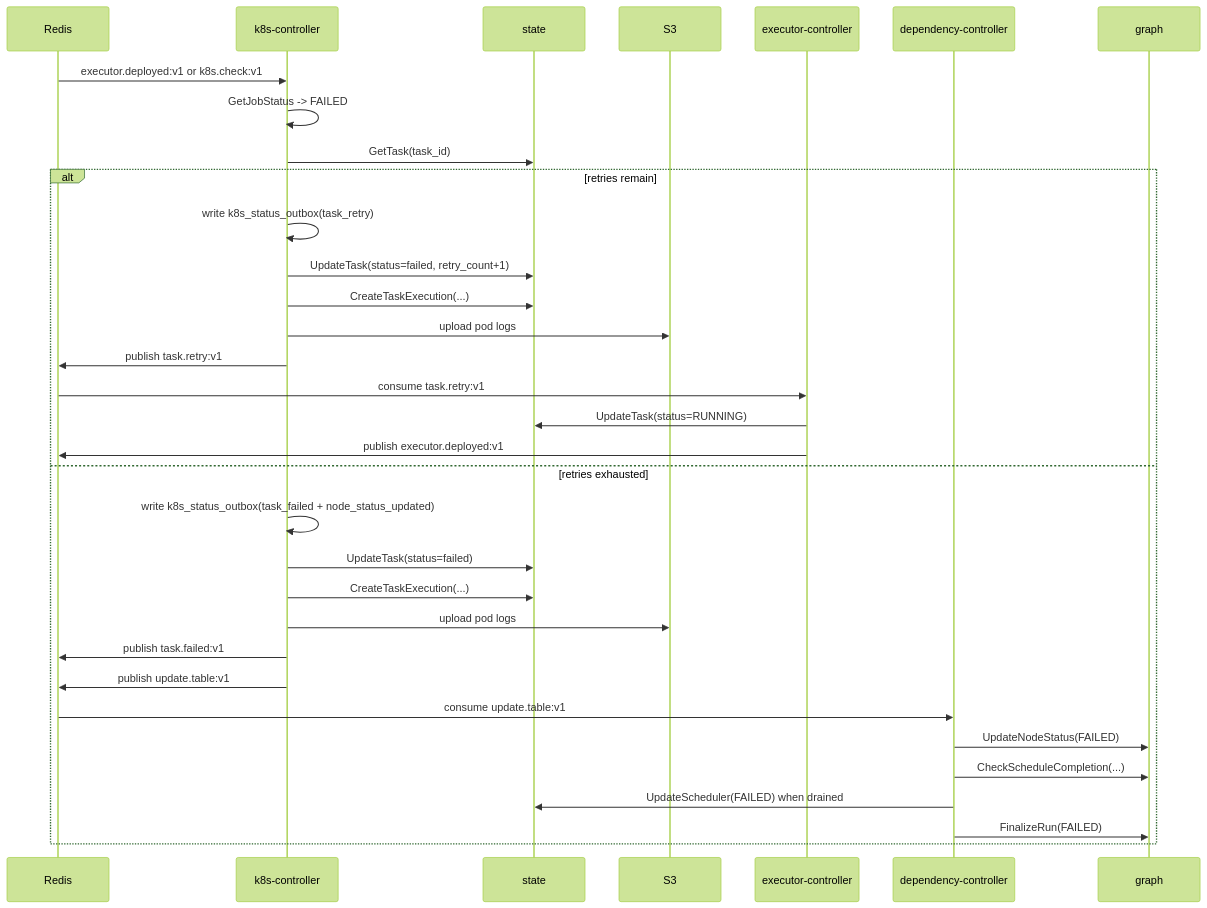
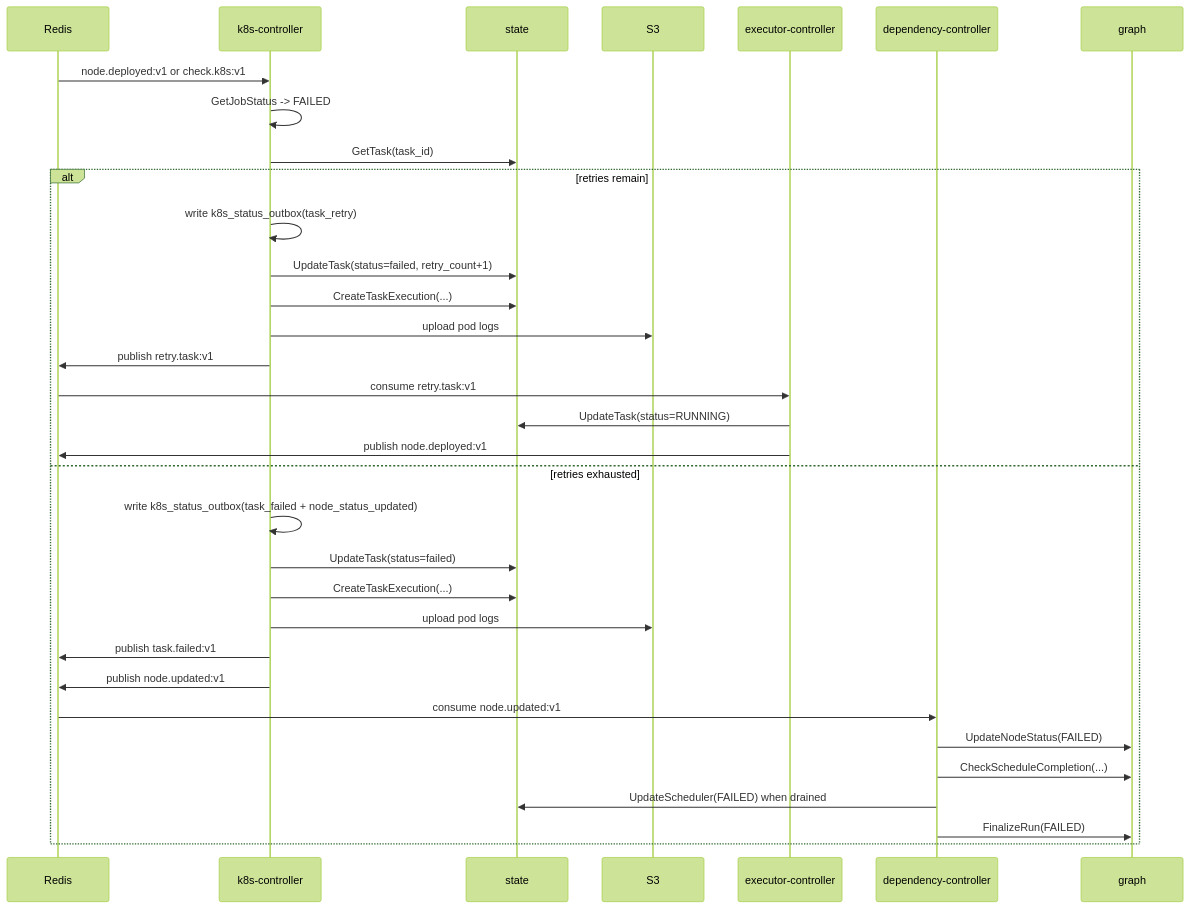
Before and after one commit to carolsimone/continuo: the third of 5 diagrams in docs/arch/03-sequence-flows.md, drawn with Mermaid (forest theme). The commit also changed other lines of this file and 39 other files, not shown here.

````diff
--- a/docs/arch/03-sequence-flows.md
+++ b/docs/arch/03-sequence-flows.md
@@ -69,36 +69,36 @@
 ```mermaid
 sequenceDiagram
   participant R as Redis
   participant KC as k8s-controller
   participant ST as state
   participant S3 as S3
   participant EC as executor-controller
   participant DC as dependency-controller
   participant GR as graph
 
-  R->>KC: executor.deployed:v1 or k8s.check:v1
+  R->>KC: node.deployed:v1 or check.k8s:v1
   KC->>KC: GetJobStatus -> FAILED
   KC->>ST: GetTask(task_id)
   alt retries remain
     KC->>KC: write k8s_status_outbox(task_retry)
     KC->>ST: UpdateTask(status=failed, retry_count+1)
     KC->>ST: CreateTaskExecution(...)
     KC->>S3: upload pod logs
-    KC->>R: publish task.retry:v1
-    R->>EC: consume task.retry:v1
+    KC->>R: publish retry.task:v1
+    R->>EC: consume retry.task:v1
     EC->>ST: UpdateTask(status=RUNNING)
-    EC->>R: publish executor.deployed:v1
+    EC->>R: publish node.deployed:v1
   else retries exhausted
     KC->>KC: write k8s_status_outbox(task_failed + node_status_updated)
     KC->>ST: UpdateTask(status=failed)
     KC->>ST: CreateTaskExecution(...)
     KC->>S3: upload pod logs
     KC->>R: publish task.failed:v1
-    KC->>R: publish update.table:v1
-    R->>DC: consume update.table:v1
+    KC->>R: publish node.updated:v1
+    R->>DC: consume node.updated:v1
     DC->>GR: UpdateNodeStatus(FAILED)
     DC->>GR: CheckScheduleCompletion(...)
     DC->>ST: UpdateScheduler(FAILED) when drained
     DC->>GR: FinalizeRun(FAILED)
   end
 ```
````
